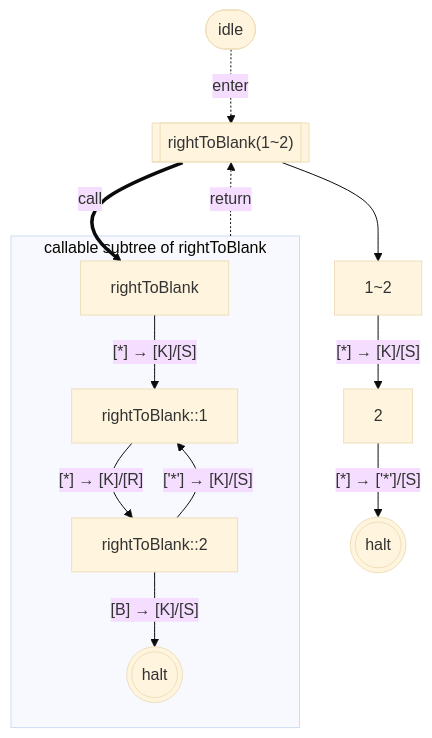
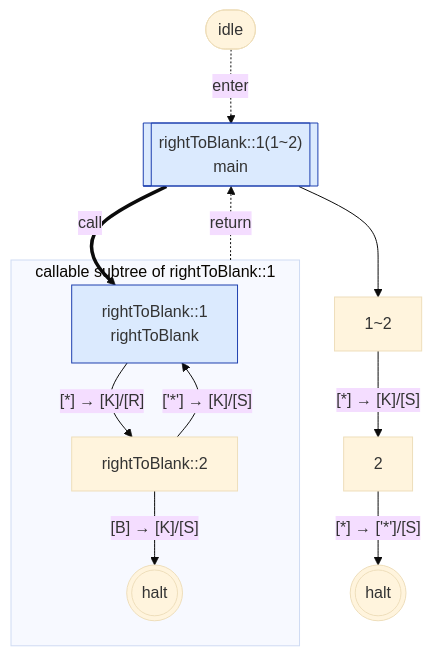
Before and after one commit to mellonis/post-machine-js: the fifth of 8 diagrams in packages/machine/README.md, drawn with Mermaid (base theme). The commit also changed other lines of this file and 11 other files, not shown here.

````diff
--- a/packages/machine/README.md
+++ b/packages/machine/README.md
@@ -314,25 +323,27 @@
 ```mermaid
 flowchart TD
 %% alphabets: [[" ","*"]]
   s0(((halt)))
-  s4["1~2"]
-  s6["2"]
-  s5[["rightToBlank(1~2)"]]
+  s3["1~2"]
+  s5["2"]
+  s4[["rightToBlank::1(1~2)<br>main"]]
   idle([idle])
-  subgraph w_1["callable subtree of rightToBlank"]
-    s1["rightToBlank"]
-    s2["rightToBlank::1"]
-    s3["rightToBlank::2"]
+  subgraph w_1["callable subtree of rightToBlank::1"]
+    s1["rightToBlank::1<br>rightToBlank"]
+    s2["rightToBlank::2"]
     c1(((halt)))
   end
-  idle -. enter .-> s5
-  s5 == "call" ==> s1
-  w_1 -. "return" .-> s5
-  s5 --> s4
-  s1 -- "[*] → [K]/[S]" --> s2
-  s2 -- "[*] → [K]/[R]" --> s3
-  s3 -- "['*'] → [K]/[S]" --> s2
-  s3 -- "[B] → [K]/[S]" --> c1
-  s4 -- "[*] → [K]/[S]" --> s6
-  s6 -- "[*] → ['*']/[S]" --> s0
+  idle -. enter .-> s4
+  s4 == "call" ==> s1
+  w_1 -. "return" .-> s4
+  s4 --> s3
+  s1 -- "[*] → [K]/[R]" --> s2
+  s2 -- "['*'] → [K]/[S]" --> s1
+  s2 -- "[B] → [K]/[S]" --> c1
+  s3 -- "[*] → [K]/[S]" --> s5
+  s5 -- "[*] → ['*']/[S]" --> s0
+  classDef tag_main fill:#dbeafe,stroke:#1e40af
+  classDef tag_rightToBlank fill:#dbeafe,stroke:#1e40af
+  class s4 tag_main
+  class s1 tag_rightToBlank
 ```
````
